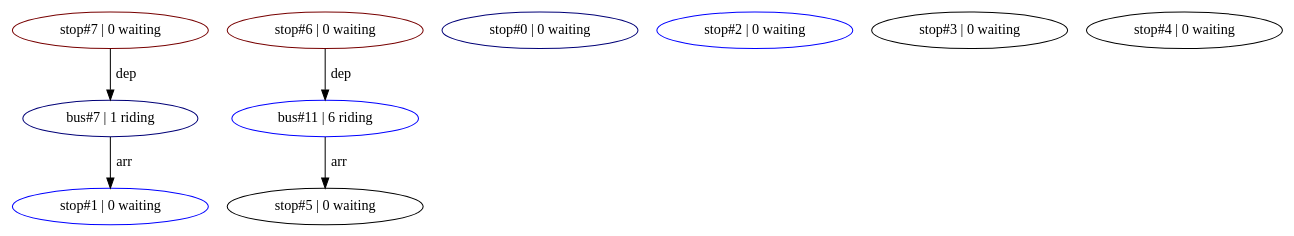
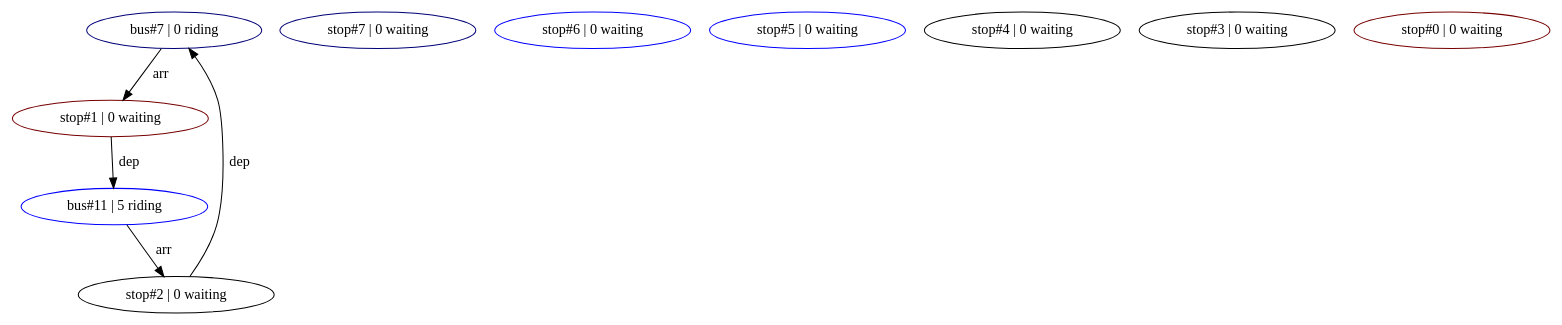
One commit to spmatthews03/MARTA changed the diagram in bin/mts_digraph.dot. Above: the diagram before and after it, drawn with Graphviz. The commit also changed 12 other files, not shown here.

```diff
--- a/bin/mts_digraph.dot
+++ b/bin/mts_digraph.dot
@@ -1,19 +1,19 @@
 digraph G
 {
-  bus7 [ label="bus#7 | 1 riding", color="#000077"];
-  bus11 [ label="bus#11 | 6 riding", color="#0000FF"];
+  bus7 [ label="bus#7 | 0 riding", color="#000077"];
+  bus11 [ label="bus#11 | 5 riding", color="#0000FF"];
 
-  stop0 [ label="stop#0 | 0 waiting", color="#000077"];
-  stop1 [ label="stop#1 | 0 waiting", color="#0000FF"];
-  stop2 [ label="stop#2 | 0 waiting", color="#0000FF"];
+  stop7 [ label="stop#7 | 0 waiting", color="#000077"];
+  stop6 [ label="stop#6 | 0 waiting", color="#0000FF"];
+  stop5 [ label="stop#5 | 0 waiting", color="#0000FF"];
+  stop4 [ label="stop#4 | 0 waiting", color="#000000"];
   stop3 [ label="stop#3 | 0 waiting", color="#000000"];
-  stop4 [ label="stop#4 | 0 waiting", color="#000000"];
-  stop5 [ label="stop#5 | 0 waiting", color="#000000"];
-  stop6 [ label="stop#6 | 0 waiting", color="#770000"];
-  stop7 [ label="stop#7 | 0 waiting", color="#770000"];
+  stop2 [ label="stop#2 | 0 waiting", color="#000000"];
+  stop1 [ label="stop#1 | 0 waiting", color="#770000"];
+  stop0 [ label="stop#0 | 0 waiting", color="#770000"];
 
-  stop7 -> bus7 [ label=" dep" ];
+  stop2 -> bus7 [ label=" dep" ];
   bus7 -> stop1 [ label=" arr" ];
-  stop6 -> bus11 [ label=" dep" ];
-  bus11 -> stop5 [ label=" arr" ];
+  stop1 -> bus11 [ label=" dep" ];
+  bus11 -> stop2 [ label=" arr" ];
 }
```
